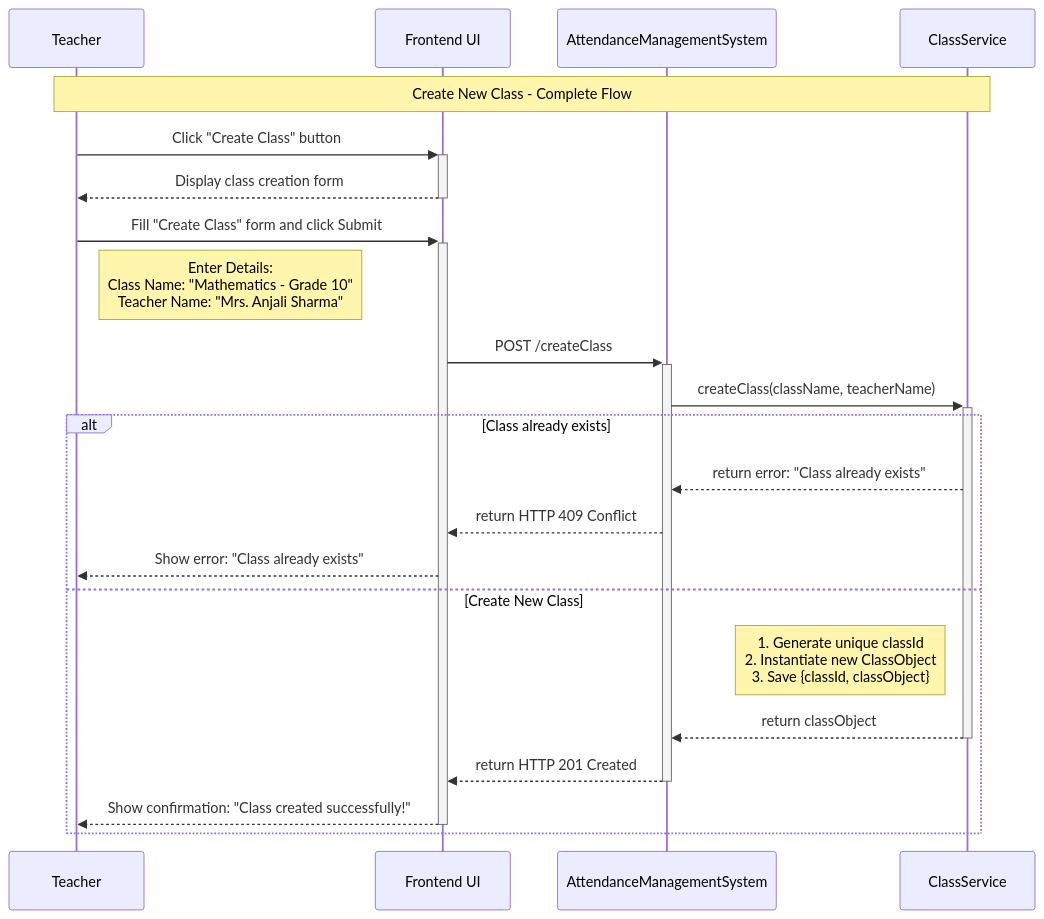
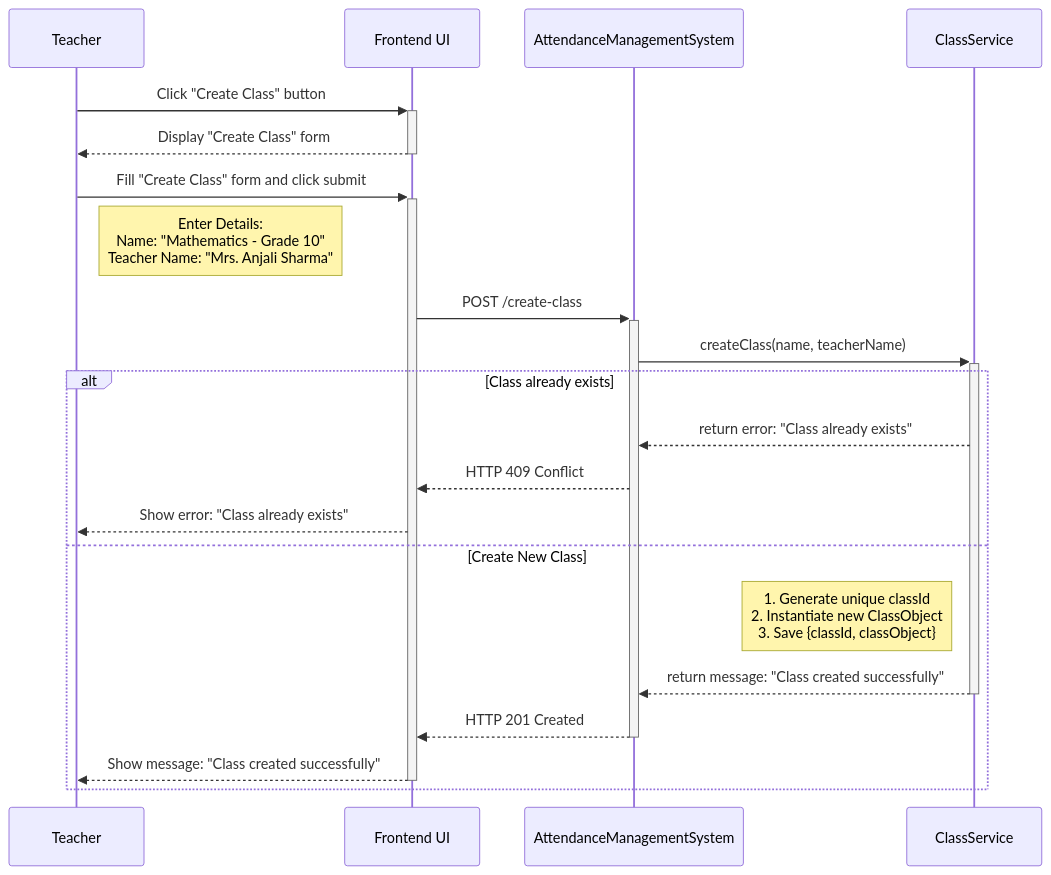
Before and after one commit to NishchayAnand/software-engineering: the first of 4 diagrams in Backend Engineering/Case Studies/Case Study 1. Attendance Management System/Documentation/2. Sequence Flow.md, drawn with Mermaid. The commit also changed other lines of this file and 3 other files, not shown here.

Commit message:
finalizing sequence flow documentation

````diff
--- a/Backend Engineering/Case Studies/Case Study 1. Attendance Management System/Documentation/2. Sequence Flow.md
+++ b/Backend Engineering/Case Studies/Case Study 1. Attendance Management System/Documentation/2. Sequence Flow.md
@@ -30,30 +30,27 @@
 ```mermaid
 sequenceDiagram
 	participant T as Teacher
 	participant UI as Frontend UI
 	participant AMS as AttendanceManagementSystem
 	participant CS as ClassService
 
-	Note over T,CS: Create New Class - Complete Flow
-
-	%% Interaction 1: Click the "Create Class" Button
+	%% Interaction 1: Click "Create Class" button
 	T->>+UI: Click "Create Class" button
-	UI-->>-T: Display class creation form
+	UI-->>-T: Display "Create Class" form
 
 	%% Interaction 2: Submit the "Create Class" Form
-	T->>+UI: Fill "Create Class" form and click Submit
-	Note right of T: Enter Details: <br/> Class Name: "Mathematics - Grade 10" <br/> Teacher Name: "Mrs. Anjali Sharma"
-	UI->>+AMS: POST /createClass
-	AMS->>+CS: createClass(className, teacherName)
-
+	T->>+UI: Fill "Create Class" form and click submit
+	Note right of T: Enter Details: <br/> Name: "Mathematics - Grade 10" <br/> Teacher Name: "Mrs. Anjali Sharma"
+	UI->>+AMS: POST /create-class
+	AMS->>+CS: createClass(name, teacherName)
 	alt Class already exists
 		CS-->>AMS: return error: "Class already exists"
-		AMS-->>UI: return HTTP 409 Conflict
+		AMS-->>UI: HTTP 409 Conflict
 		UI-->>T: Show error: "Class already exists"
 	else Create New Class
 		Note left of CS: 1. Generate unique classId <br/> 2. Instantiate new ClassObject <br/> 3. Save {classId, classObject}
-		CS-->>-AMS: return classObject
-		AMS-->>-UI: return HTTP 201 Created
-		UI-->>-T: Show confirmation: "Class created successfully!"
+		CS-->>-AMS: return message: "Class created successfully"
+		AMS-->>-UI: HTTP 201 Created
+		UI-->>-T: Show message: "Class created successfully"
 	end
 ```
````
